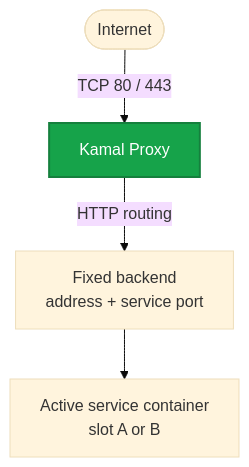
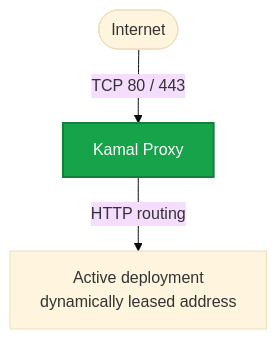
One commit to acidtib/jiji-website changed the diagram in app/docs/reference/proxy/page.mdx. Above: the diagram before and after it, drawn with Mermaid (base theme). The commit also changed other lines of this file and 15 other files, not shown here.

First line of the commit message:
Refactor architecture to distributed agent-based model

````diff
--- a/app/docs/reference/proxy/page.mdx
+++ b/app/docs/reference/proxy/page.mdx
@@ -14,16 +14,14 @@
 ```mermaid
 flowchart TB
   accTitle: Kamal Proxy request path
-  accDescr: Internet traffic reaches Kamal Proxy on ports 80 and 443, then routes through a fixed backend address to the active service container.
+  accDescr: Internet traffic reaches Kamal Proxy on ports 80 and 443, then routes directly to the current Active deployment's dynamically leased address.
   internet([Internet])
   proxy["Kamal Proxy"]
-  backend["Fixed backend<br/>address + service port"]
-  active["Active service container<br/>slot A or B"]
+  active["Active deployment<br/>dynamically leased address"]
 
   internet -->|"TCP 80 / 443"| proxy
-  proxy -->|"HTTP routing"| backend
-  backend --> active
+  proxy -->|"HTTP routing"| active
 
   classDef edge fill:#16a34a,color:#fff,stroke:#15803d,stroke-width:2px
   class proxy edge
 ```
````
